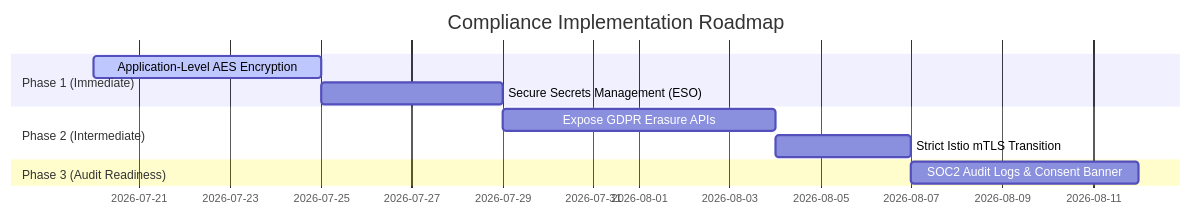
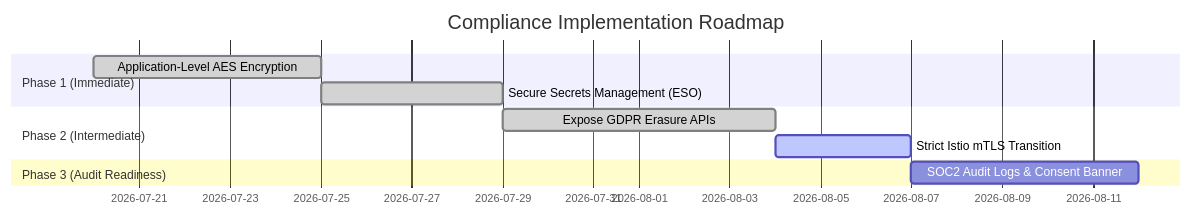
One commit to NItishSh/realestate-trust changed the diagram in docs/security_compliance_report.md. Above: the diagram before and after it, drawn with Mermaid. The commit also changed other lines of this file and 10 other files, not shown here.

Commit message:
feat: integrate HashiCorp Vault Database secrets engine for dynamic database credential management and replace static secrets with ExternalSecrets.

````diff
--- a/docs/security_compliance_report.md
+++ b/docs/security_compliance_report.md
@@ -38,13 +40,13 @@
 ```mermaid
 gantt
     title Compliance Implementation Roadmap
     dateFormat  YYYY-MM-DD
     section Phase 1 (Immediate)
-    Application-Level AES Encryption  :active, 2026-07-20, 5d
-    Secure Secrets Management (ESO)  :2026-07-25, 4d
+    Application-Level AES Encryption  :done, 2026-07-20, 5d
+    Secure Secrets Management (ESO)  :done, 2026-07-25, 4d
     section Phase 2 (Intermediate)
-    Expose GDPR Erasure APIs         :2026-07-29, 6d
-    Strict Istio mTLS Transition     :2026-08-04, 3d
+    Expose GDPR Erasure APIs         :done, 2026-07-29, 6d
+    Strict Istio mTLS Transition     :active, 2026-08-04, 3d
     section Phase 3 (Audit Readiness)
     SOC2 Audit Logs & Consent Banner  :2026-08-07, 5d
 ```
````
